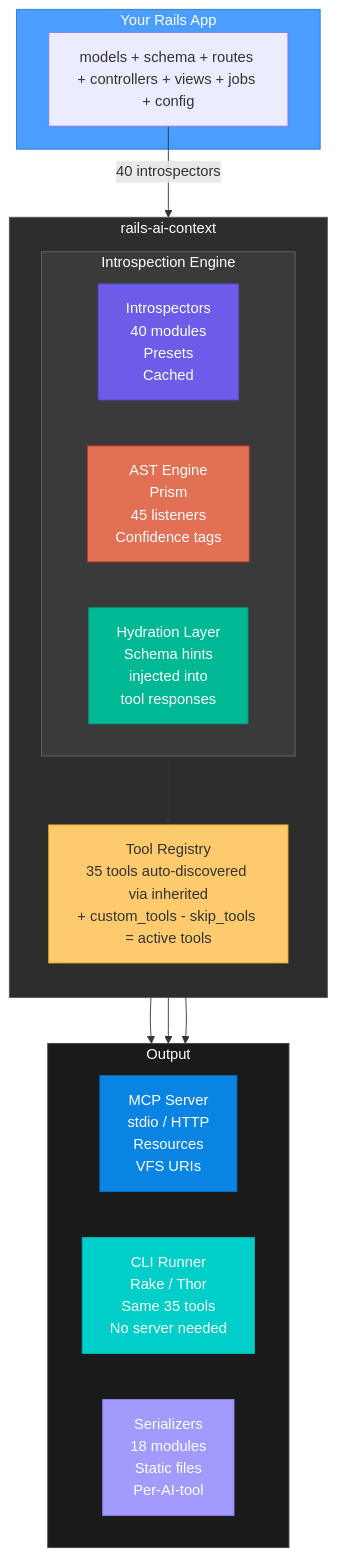
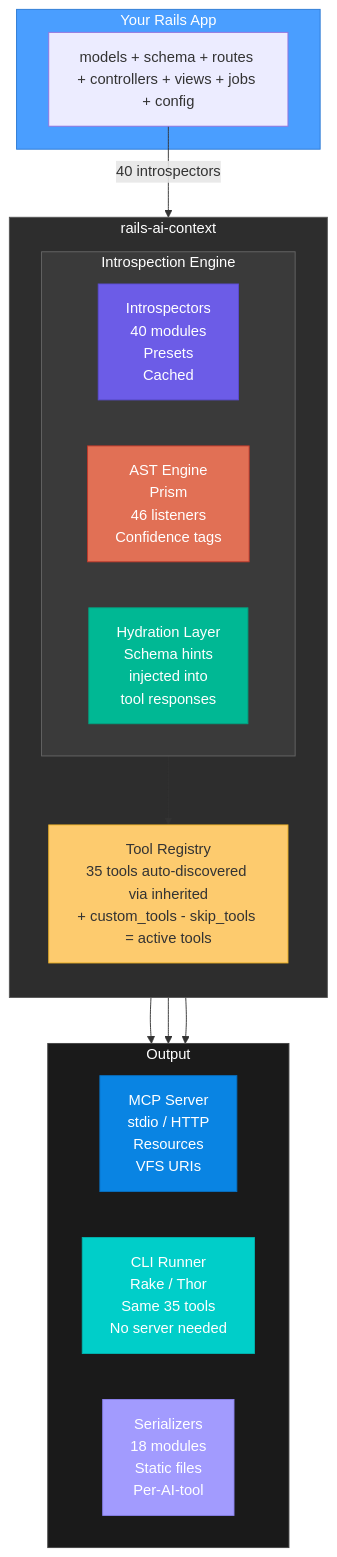
Before and after one commit to crisnahine/rails-ai-context: the first of 3 diagrams in docs/ARCHITECTURE.md, drawn with Mermaid. The commit also changed 336 other files, not shown here.

First line of the commit message:
release: v5.37.0 - the static tier reads routes, views, concerns, schemas and replayed migrations the way Rails and the database do

````diff
--- a/docs/ARCHITECTURE.md
+++ b/docs/ARCHITECTURE.md
@@ -15,44 +15,44 @@
 ```mermaid
 graph TD
     subgraph app["Your Rails App"]
         A["models + schema + routes + controllers + views + jobs + config"]
     end
 
     A -->|"40 introspectors"| gem
 
     subgraph gem["rails-ai-context"]
         direction TB
 
         subgraph engine["Introspection Engine"]
             direction LR
             I["Introspectors\n40 modules\nPresets\nCached"]
-            AST["AST Engine\nPrism\n45 listeners\nConfidence tags"]
+            AST["AST Engine\nPrism\n46 listeners\nConfidence tags"]
             H["Hydration Layer\nSchema hints\ninjected into\ntool responses"]
         end
 
         engine --> R["Tool Registry\n35 tools auto-discovered via inherited\n+ custom_tools - skip_tools = active tools"]
     end
 
     R --> MCP
     R --> CLI
     R --> S
 
     subgraph outputs["Output"]
         direction LR
         MCP["MCP Server\nstdio / HTTP\nResources\nVFS URIs"]
         CLI["CLI Runner\nRake / Thor\nSame 35 tools\nNo server needed"]
         S["Serializers\n18 modules\nStatic files\nPer-AI-tool"]
     end
 
     style app fill:#4a9eff,stroke:#2d7ad4,color:#fff
     style gem fill:#2d2d2d,stroke:#555,color:#fff
     style engine fill:#3a3a3a,stroke:#666,color:#fff
     style outputs fill:#1a1a1a,stroke:#444,color:#fff
     style I fill:#6c5ce7,stroke:#5a4bd1,color:#fff
     style AST fill:#e17055,stroke:#c0392b,color:#fff
     style H fill:#00b894,stroke:#00a381,color:#fff
     style R fill:#fdcb6e,stroke:#f0b429,color:#333
     style MCP fill:#0984e3,stroke:#0770c2,color:#fff
     style CLI fill:#00cec9,stroke:#00b5b0,color:#fff
     style S fill:#a29bfe,stroke:#8c83f0,color:#fff
 ```
````
